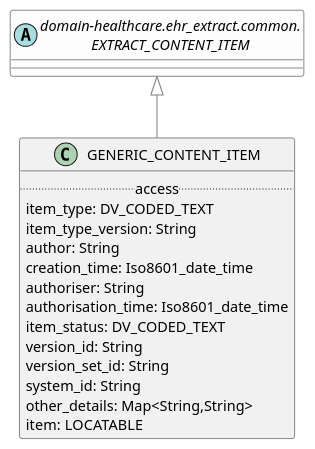
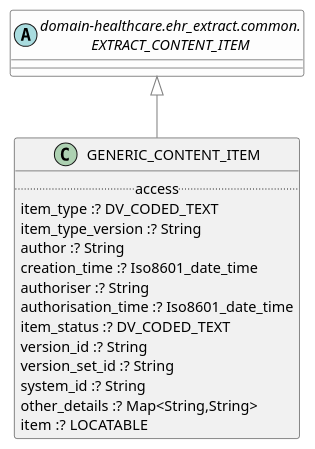
Before and after one commit to wolandscat/openehr-doc: the diagram in modules/ROOT/examples/bmm/domain-healthcare/ehr_extract/generic_extract/generic_extract-package-uml.adoc, drawn with PlantUML. The commit also changed 1814 other files, not shown here.

```diff
--- a/modules/ROOT/examples/bmm/domain-healthcare/ehr_extract/generic_extract/generic_extract-package-uml.adoc
+++ b/modules/ROOT/examples/bmm/domain-healthcare/ehr_extract/generic_extract/generic_extract-package-uml.adoc
@@ -3,28 +3,28 @@
 [plantuml,opts=interactive,link=self]
 ....
 skinparam groupInheritance 2
 skinparam citedClassColor #FDFDFD
 
 
 class GENERIC_CONTENT_ITEM [[/openehr-doc/latest/domain-healthcare/ehr_extract-gen.html#_class_generic_content_item]] {
         .. access ..
-        item_type: DV_CODED_TEXT
-        item_type_version: String
-        author: String
-        creation_time: Iso8601_date_time
-        authoriser: String
-        authorisation_time: Iso8601_date_time
-        item_status: DV_CODED_TEXT
-        version_id: String
-        version_set_id: String
-        system_id: String
-        other_details: Map<String,String>
-        item: LOCATABLE
+        item_type :? DV_CODED_TEXT
+        item_type_version :? String
+        author :? String
+        creation_time :? Iso8601_date_time
+        authoriser :? String
+        authorisation_time :? Iso8601_date_time
+        item_status :? DV_CODED_TEXT
+        version_id :? String
+        version_set_id :? String
+        system_id :? String
+        other_details :? Map<String,String>
+        item :? LOCATABLE
 }
 
 GENERIC_CONTENT_ITEM -[#gray]up-|> EXTRACT_CONTENT_ITEM  
 
 abstract class "domain-healthcare.ehr_extract.common.\nEXTRACT_CONTENT_ITEM" as EXTRACT_CONTENT_ITEM  [[/openehr-doc/latest/domain-healthcare/ehr_extract-gen.html#_class_extract_content_item]] #FDFDFD {
 }
 
 ....
```
